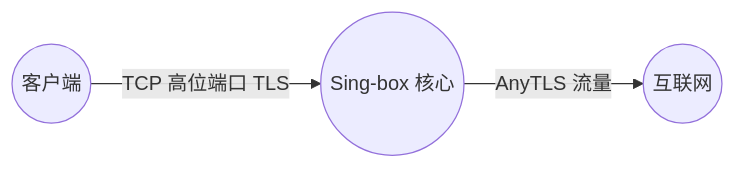
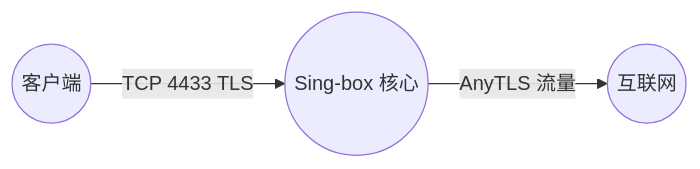
Before and after one commit to currycan/key: the fourth of 14 diagrams in docker/sb-xray/docs/02-protocols-and-security.md, drawn with Mermaid. The commit also changed other lines of this file and 5 other files, not shown here.

````diff
--- a/docker/sb-xray/docs/02-protocols-and-security.md
+++ b/docker/sb-xray/docs/02-protocols-and-security.md
@@ -195,5 +195,5 @@
 ```mermaid
 graph LR
-    User((客户端)) -- "TCP 高位端口 TLS" --> Singbox(("Sing-box 核心"))
+    User((客户端)) -- "TCP 4433 TLS" --> Singbox(("Sing-box 核心"))
     Singbox -- "AnyTLS 流量" --> Internet((互联网))
 ```
````
